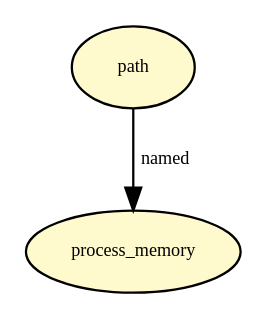
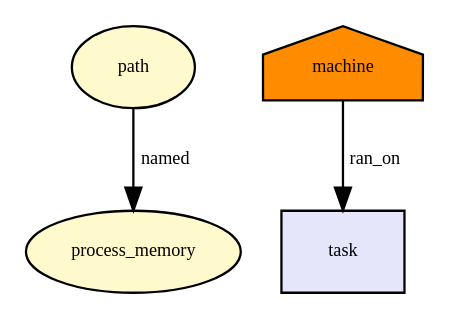
One commit to CamFlow/camflow-dev changed the diagram in docs/dot/mq_timedreceive.dot. Above: the diagram before and after it, drawn with Graphviz. The commit also changed 8 other files, not shown here.

```diff
--- a/docs/dot/mq_timedreceive.dot
+++ b/docs/dot/mq_timedreceive.dot
@@ -1,7 +1,13 @@
 digraph RGL__DirectedAdjacencyGraph {path[fontsize = 8,label = path,shape = ellipse, fillcolor="#fffacd", style = filled]
 
 process_memory[fontsize = 8,label = process_memory,shape = ellipse, fillcolor="#fffacd", style = filled]
 
 path -> process_memory[fontsize = 8,label = named]
 
+machine[fontsize = 8,label = machine,shape = house, fillcolor="#ff8c00", style = filled]
+
+task[fontsize = 8,label = task,shape = rectangle, fillcolor="#e6e6fa", style = filled]
+
+machine -> task[fontsize = 8,label = ran_on]
+
 }
```
